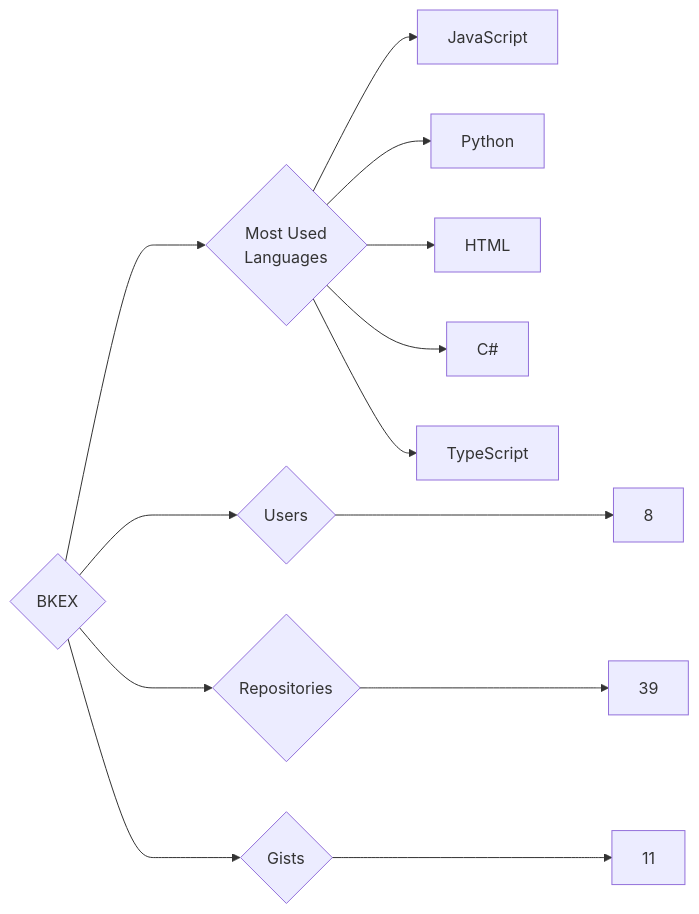
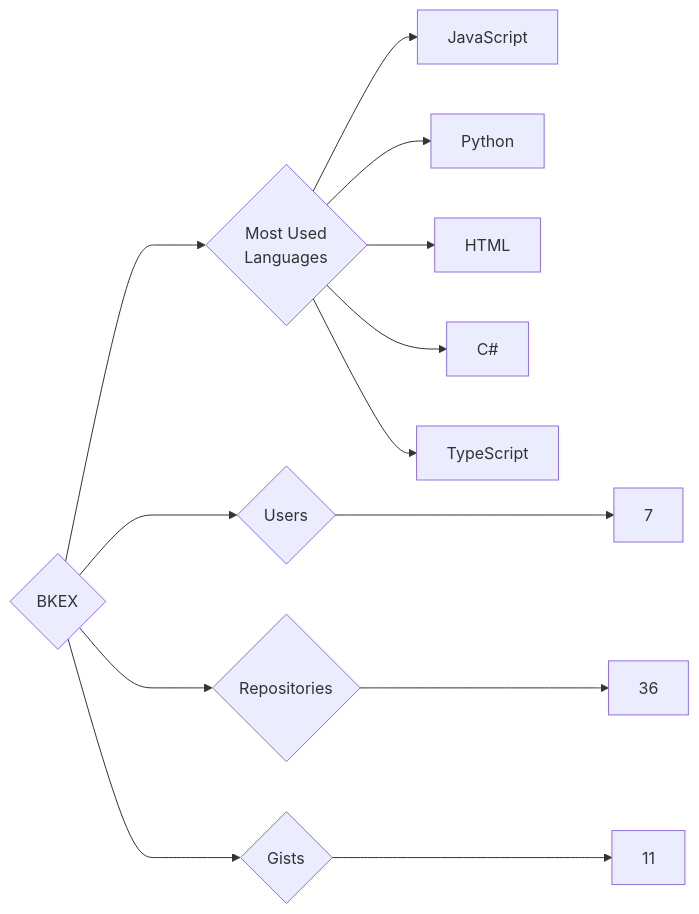
One commit to trickest/insiders changed the diagram in targets/BKEX/README.md. Above: the diagram before and after it, drawn with Mermaid. The commit also changed 1078 other files, not shown here.

````diff
--- a/targets/BKEX/README.md
+++ b/targets/BKEX/README.md
@@ -3,13 +3,13 @@
 ```mermaid
 graph LR
 COMPANY_NAME{BKEX}
-COMPANY_NAME ---> U{Users} ---> UN[8]
-COMPANY_NAME ---> R{Repositories} ---> RN[39]
+COMPANY_NAME ---> U{Users} ---> UN[7]
+COMPANY_NAME ---> R{Repositories} ---> RN[36]
 COMPANY_NAME ---> G{Gists} ---> GN[11]
 COMPANY_NAME ---> ML{Most Used<br>Languages}
 ML --> JavaScript[JavaScript]
 ML --> Python[Python]
 ML --> HTML[HTML]
 ML --> C#[C#]
 ML --> TypeScript[TypeScript]
 ```
````
